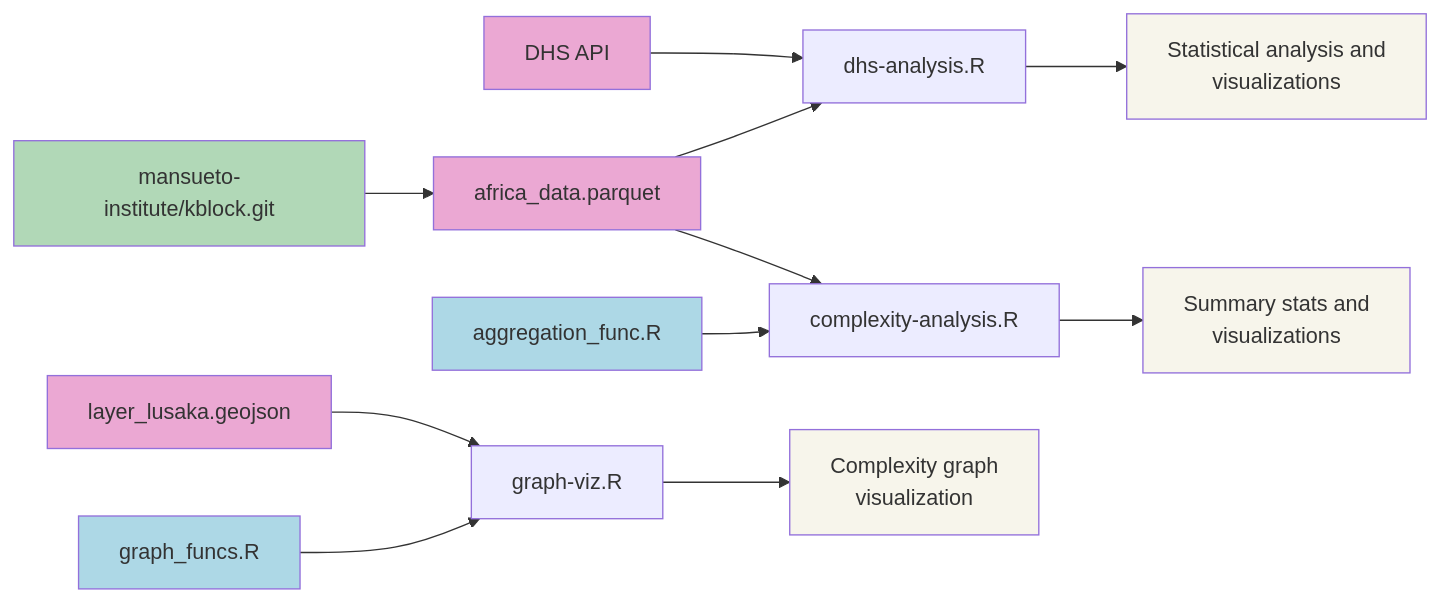
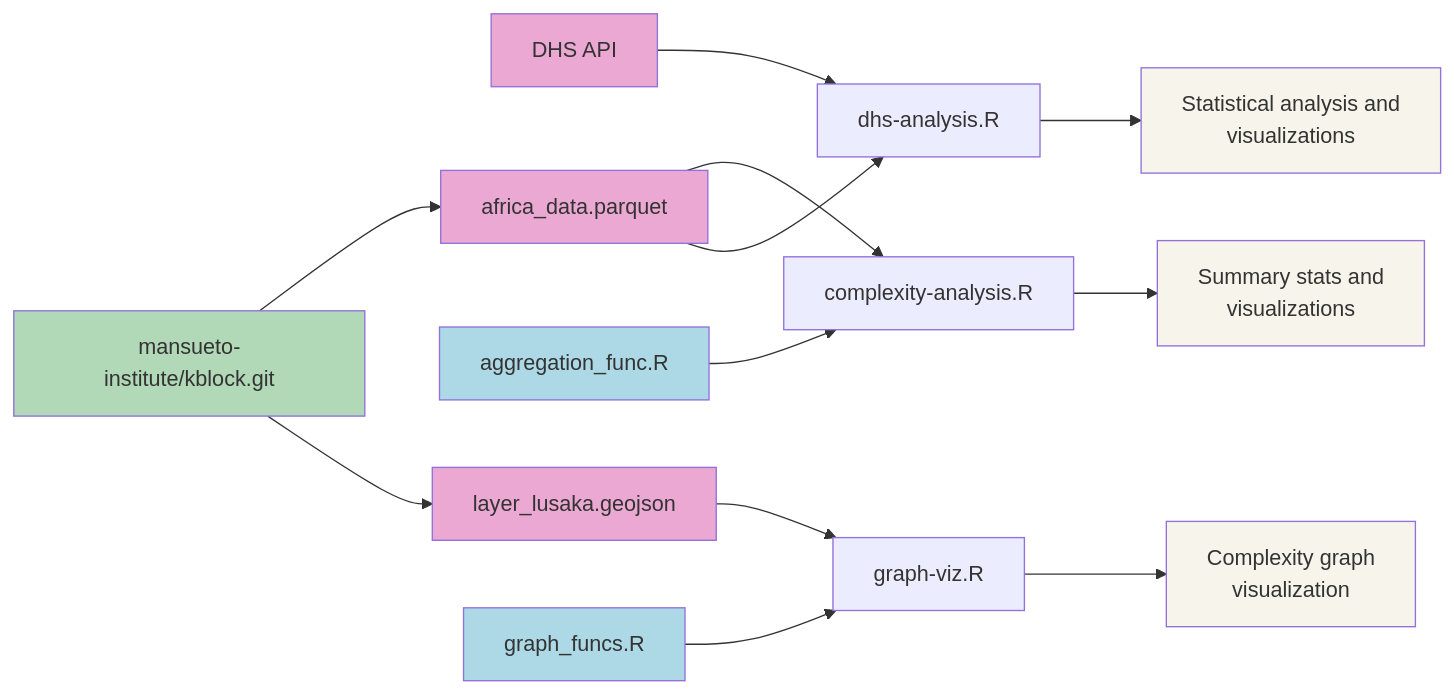
The diagram in ReadMe.md (mansueto-institute/kblock-analysis), drawn with Mermaid before and after one commit.

````diff
--- a/ReadMe.md
+++ b/ReadMe.md
@@ -22,27 +22,28 @@
 ```mermaid
 graph LR
 G[DHS API] --> C
 A[africa_data.parquet] --> B[complexity-analysis.R]
 E[aggregation_func.R] --> B
 A --> C[dhs-analysis.R]
 B --> Z[Summary stats and<br>visualizations]
 C --> X[Statistical analysis and<br>visualizations]
 Q[mansueto-institute/kblock.git] --> A
+Q[mansueto-institute/kblock.git] --> J
 
 F[graph_funcs.R] --> D[graph-viz.R]
 J[layer_lusaka.geojson] --> D
 D --> Y[Complexity graph<br>visualization]
 
 style A fill:#eba8d3
 style G fill:#eba8d3
 style J fill:#eba8d3
 
 style Z fill: #f7f5eb
 style X fill: #f7f5eb
 style Y fill: #f7f5eb
 
 style F fill: #ADD8E6
 style E fill: #ADD8E6
 
 style Q fill: #b1d8b7
 ```
````
